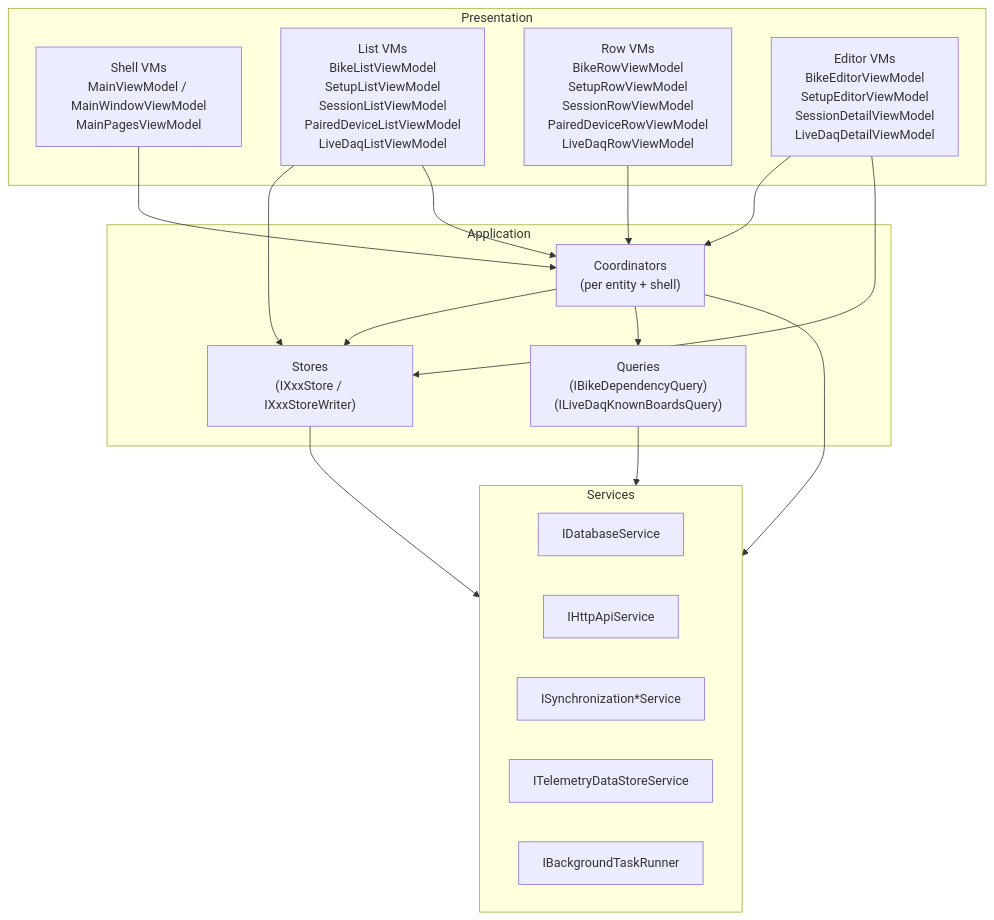
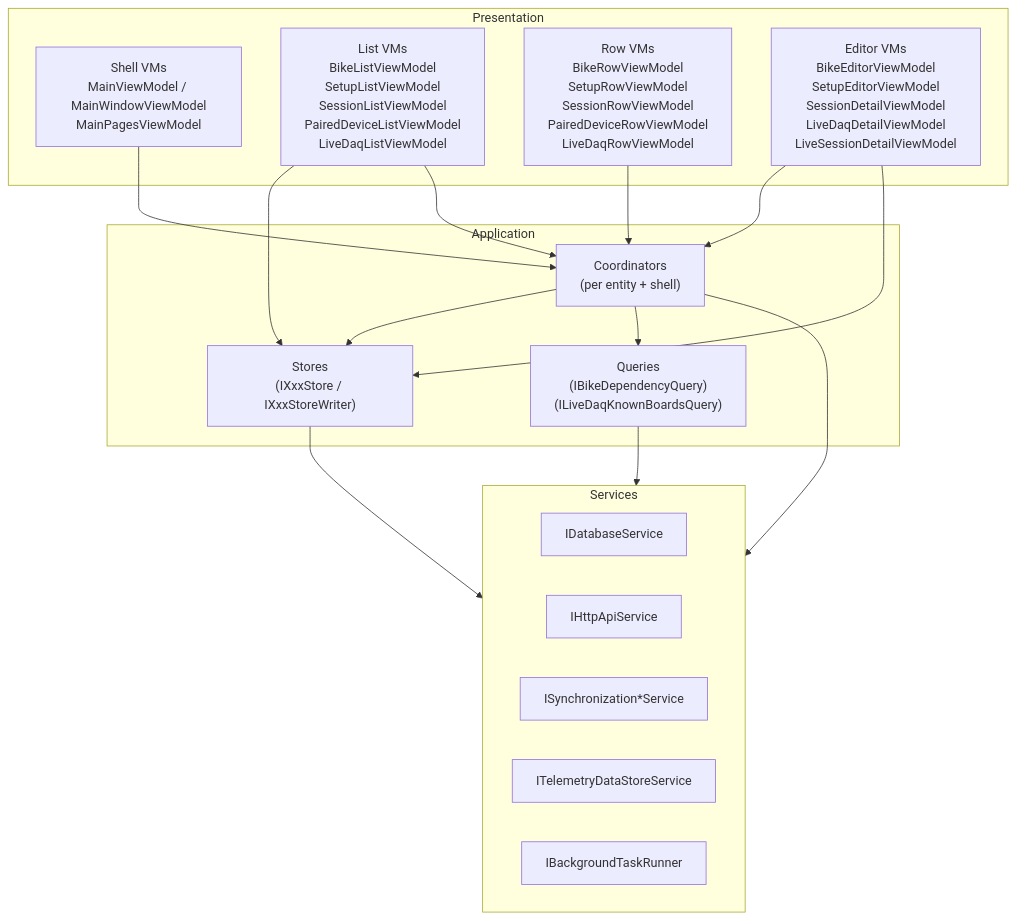
One commit to MoridinBG/Sufni.app changed the first of 2 diagrams in docs/architecture/ui.md. Above: the diagram before and after it, drawn with Mermaid. The commit also changed other lines of this file and 19 other files, not shown here.

Commit message:
Finish live session workflow

````diff
--- a/docs/architecture/ui.md
+++ b/docs/architecture/ui.md
@@ -30,35 +30,35 @@
 ```mermaid
 graph TB
     subgraph Presentation["Presentation"]
         Shell["Shell VMs<br/>MainViewModel / MainWindowViewModel<br/>MainPagesViewModel"]
         Lists["List VMs<br/>BikeListViewModel<br/>SetupListViewModel<br/>SessionListViewModel<br/>PairedDeviceListViewModel<br/>LiveDaqListViewModel"]
         Rows["Row VMs<br/>BikeRowViewModel<br/>SetupRowViewModel<br/>SessionRowViewModel<br/>PairedDeviceRowViewModel<br/>LiveDaqRowViewModel"]
-        Editors["Editor VMs<br/>BikeEditorViewModel<br/>SetupEditorViewModel<br/>SessionDetailViewModel<br/>LiveDaqDetailViewModel"]
+        Editors["Editor VMs<br/>BikeEditorViewModel<br/>SetupEditorViewModel<br/>SessionDetailViewModel<br/>LiveDaqDetailViewModel<br/>LiveSessionDetailViewModel"]
     end
 
     subgraph Application["Application"]
         Coords["Coordinators<br/>(per entity + shell)"]
         Stores["Stores<br/>(IXxxStore / IXxxStoreWriter)"]
         Queries["Queries<br/>(IBikeDependencyQuery)<br/>(ILiveDaqKnownBoardsQuery)"]
     end
 
     subgraph Services["Services"]
         DBSvc["IDatabaseService"]
         HttpSvc["IHttpApiService"]
         SyncSvc["ISynchronization*Service"]
         DSSSvc["ITelemetryDataStoreService"]
         BgSvc["IBackgroundTaskRunner"]
     end
 
     Shell --> Coords
     Lists --> Stores
     Lists --> Coords
     Rows --> Coords
     Editors --> Coords
     Editors --> Stores
     Coords --> Stores
     Coords --> Queries
     Coords --> Services
     Queries --> Services
     Stores --> Services
 ```
````
